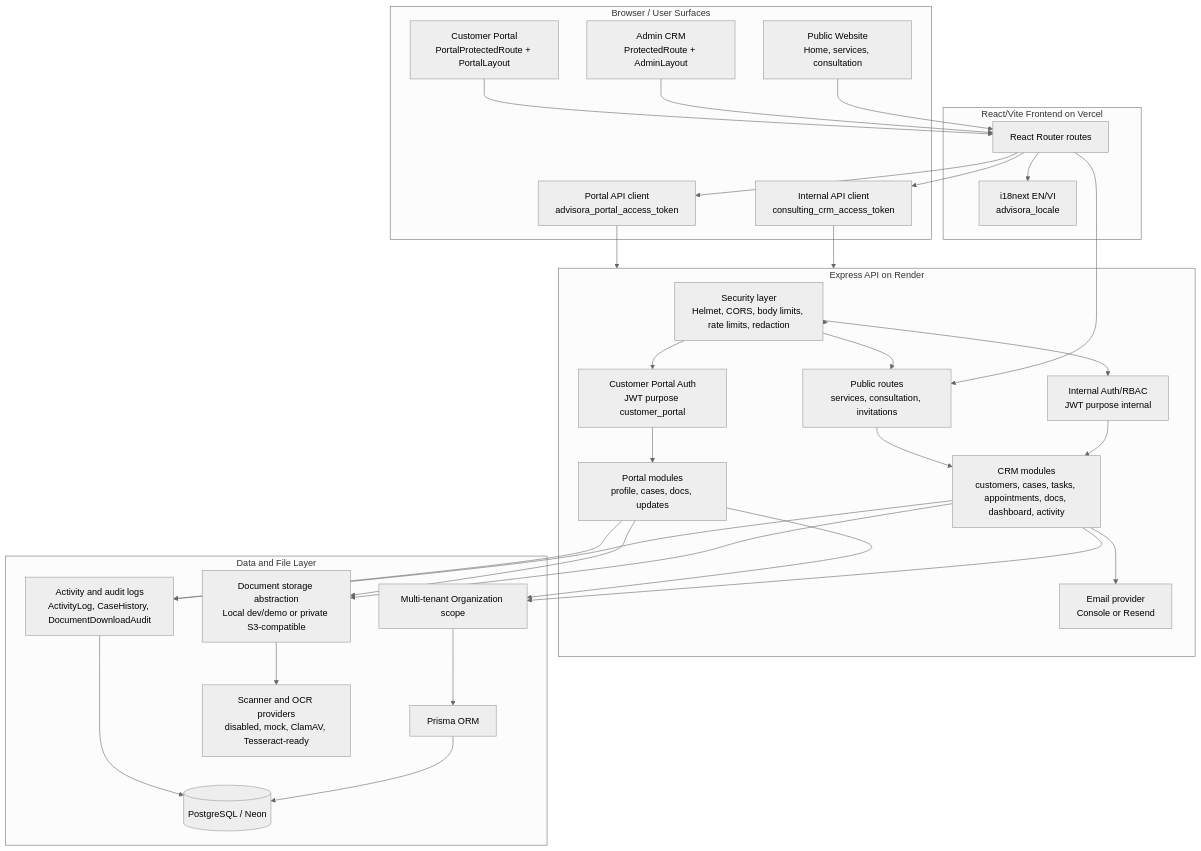
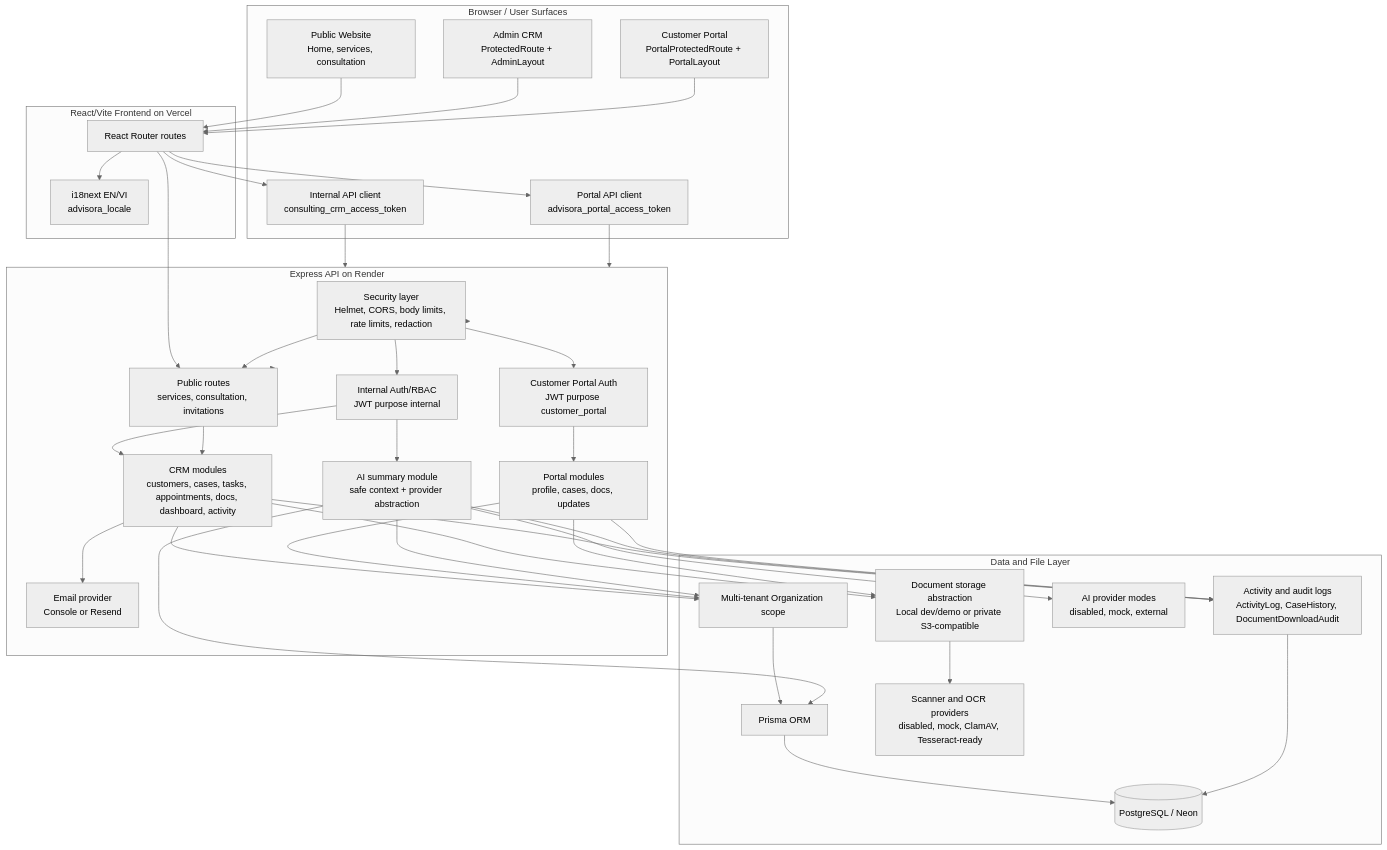
Before and after one commit to Ductri2006/Consulting-crm-system: the first of 7 diagrams in docs/architecture.md, drawn with Mermaid (neutral theme). The commit also changed other lines of this file and 26 other files, not shown here.

````diff
--- a/docs/architecture.md
+++ b/docs/architecture.md
@@ -9,66 +9,73 @@
 ```mermaid
 flowchart TB
   subgraph Browser["Browser / User Surfaces"]
     PublicUI["Public Website\nHome, services, consultation"]
     AdminUI["Admin CRM\nProtectedRoute + AdminLayout"]
     PortalUI["Customer Portal\nPortalProtectedRoute + PortalLayout"]
     AdminClient["Internal API client\nconsulting_crm_access_token"]
     PortalClient["Portal API client\nadvisora_portal_access_token"]
   end
 
   subgraph Frontend["React/Vite Frontend on Vercel"]
     Router["React Router routes"]
     I18n["i18next EN/VI\nadvisora_locale"]
   end
 
   subgraph Backend["Express API on Render"]
     Hardening["Security layer\nHelmet, CORS, body limits, rate limits, redaction"]
     PublicRoutes["Public routes\nservices, consultation, invitations"]
     InternalAuth["Internal Auth/RBAC\nJWT purpose internal"]
     PortalAuth["Customer Portal Auth\nJWT purpose customer_portal"]
     Modules["CRM modules\ncustomers, cases, tasks, appointments, docs, dashboard, activity"]
+    AIModule["AI summary module\nsafe context + provider abstraction"]
     PortalModules["Portal modules\nprofile, cases, docs, updates"]
     Email["Email provider\nConsole or Resend"]
   end
 
   subgraph Data["Data and File Layer"]
     Tenant["Multi-tenant Organization scope"]
     Prisma["Prisma ORM"]
     DB[("PostgreSQL / Neon")]
     Storage["Document storage abstraction\nLocal dev/demo or private S3-compatible"]
     Scanner["Scanner and OCR providers\ndisabled, mock, ClamAV, Tesseract-ready"]
+    AIProvider["AI provider modes\ndisabled, mock, external"]
     Audit["Activity and audit logs\nActivityLog, CaseHistory, DocumentDownloadAudit"]
   end
 
   PublicUI --> Router
   AdminUI --> Router
   PortalUI --> Router
   Router --> I18n
   Router --> AdminClient
   Router --> PortalClient
   Router --> PublicRoutes
 
   AdminClient --> Backend
   PortalClient --> Backend
   PublicRoutes --> Backend
 
   Backend --> Hardening
   Hardening --> InternalAuth
   Hardening --> PortalAuth
   Hardening --> PublicRoutes
   InternalAuth --> Modules
+  InternalAuth --> AIModule
   PortalAuth --> PortalModules
   PublicRoutes --> Modules
 
   Modules --> Tenant
   PortalModules --> Tenant
   Tenant --> Prisma
   Prisma --> DB
   Modules --> Storage
   PortalModules --> Storage
   Storage --> Scanner
   Modules --> Audit
+  AIModule --> Tenant
+  AIModule --> Prisma
+  AIModule --> AIProvider
+  AIModule --> Audit
   PortalModules --> Audit
   Audit --> DB
   Modules --> Email
 ```
````
